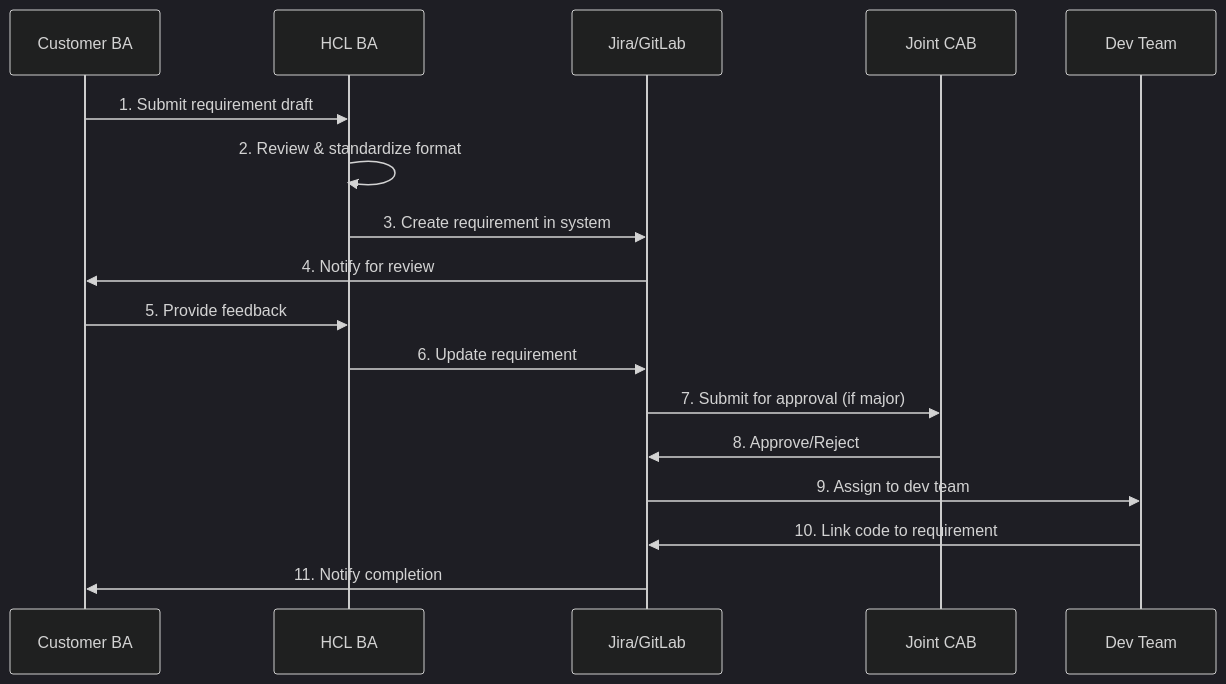
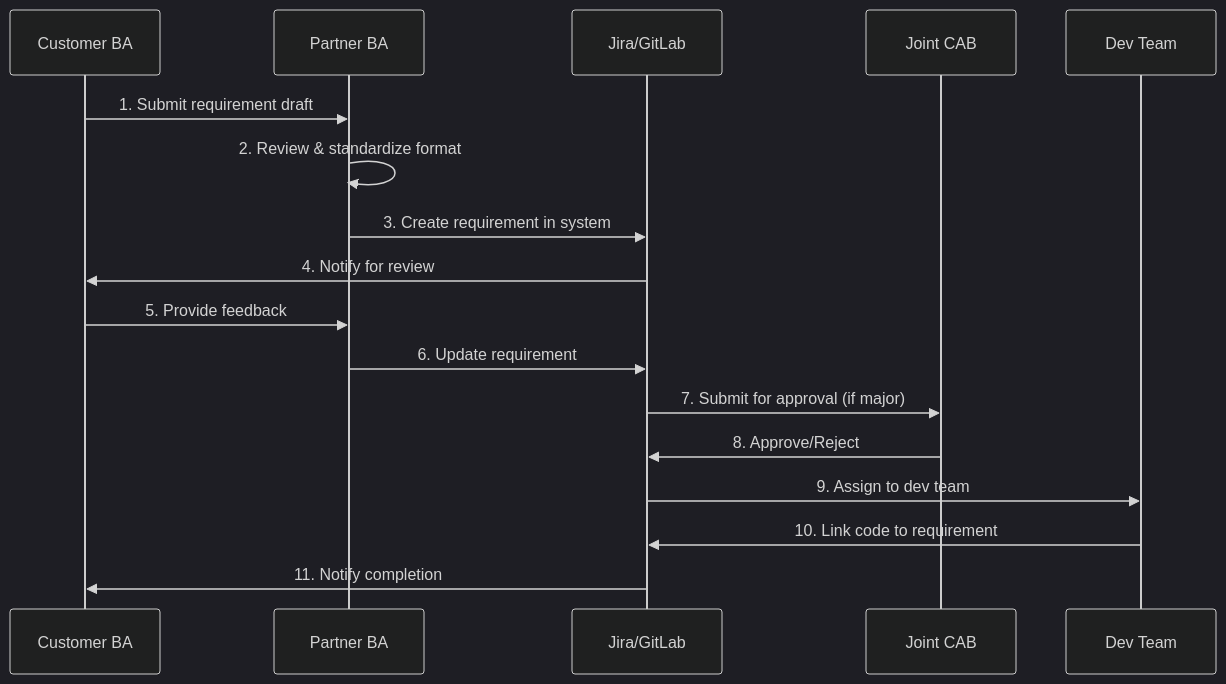
The third of 6 diagrams in Requirement Management/GapAnalysisAndRecommendations.md (gitpavleenbali/DevOps-PPT-People-Processes-and-Tools), drawn with Mermaid (dark theme) before and after one commit. The commit also changed other lines of this file, not shown here.

Commit message:
Remove partner names

````diff
--- a/Requirement Management/GapAnalysisAndRecommendations.md
+++ b/Requirement Management/GapAnalysisAndRecommendations.md
@@ -412,20 +412,20 @@
 ```mermaid
 sequenceDiagram
     participant C as Customer BA
-    participant H as HCL BA
+    participant H as Partner BA
     participant J as Jira/GitLab
     participant CAB as Joint CAB
     participant D as Dev Team
     
     C->>H: 1. Submit requirement draft
     H->>H: 2. Review & standardize format
     H->>J: 3. Create requirement in system
     J->>C: 4. Notify for review
     C->>H: 5. Provide feedback
     H->>J: 6. Update requirement
     J->>CAB: 7. Submit for approval (if major)
     CAB->>J: 8. Approve/Reject
     J->>D: 9. Assign to dev team
     D->>J: 10. Link code to requirement
     J->>C: 11. Notify completion
 ```
````
